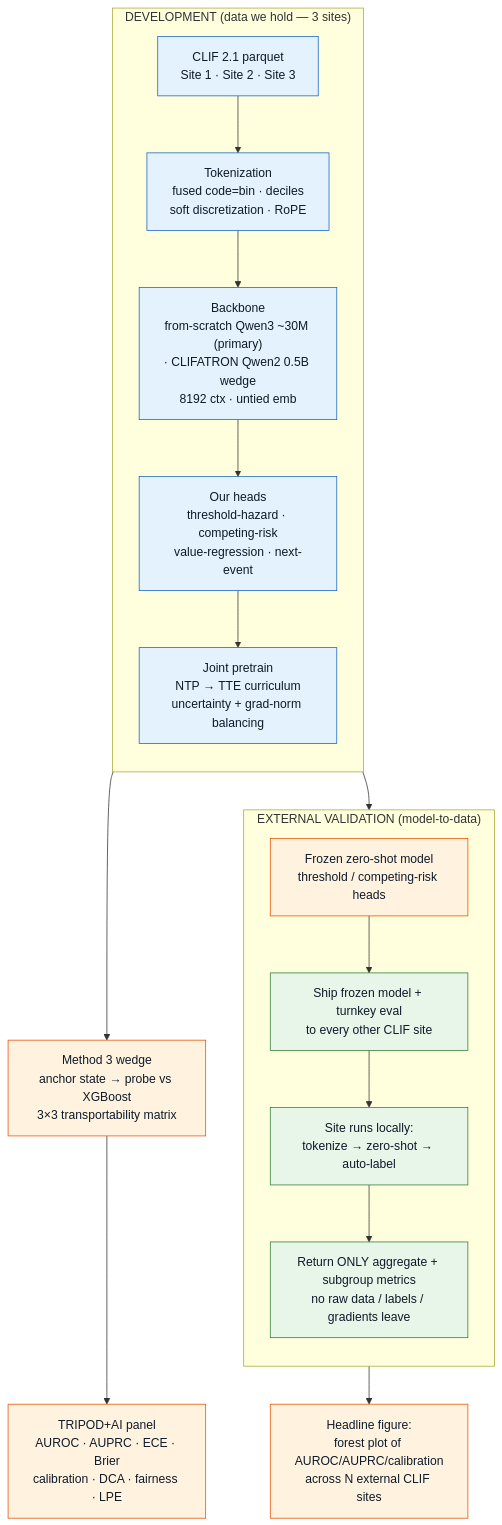
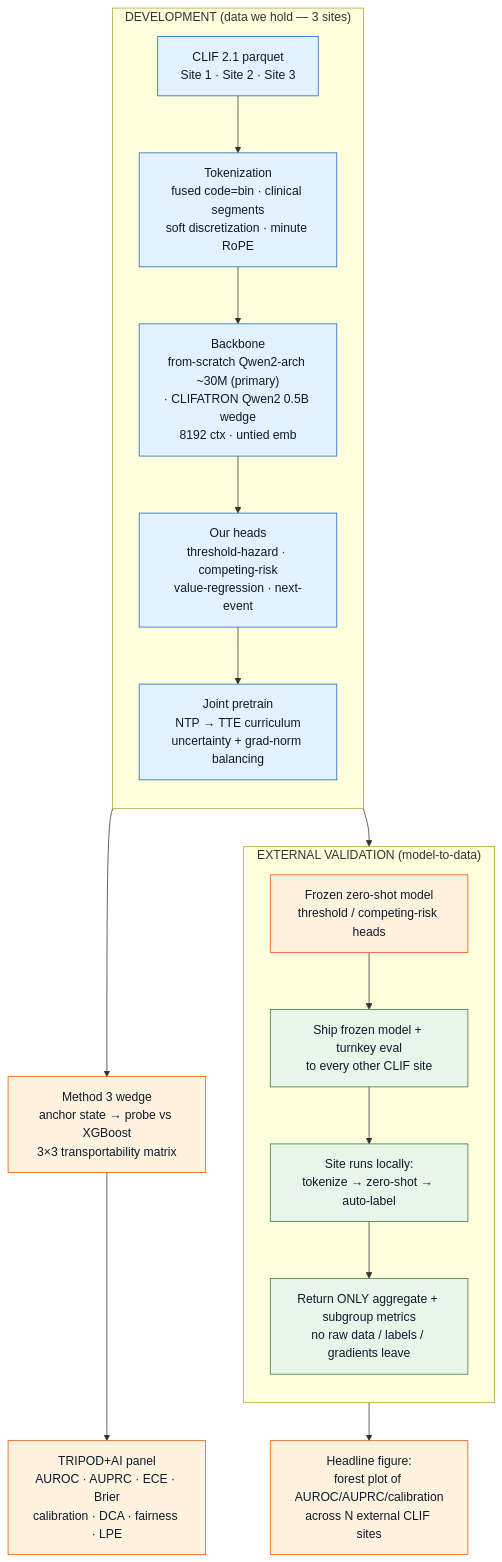
One commit to sajor2000/clifatron2.0 changed the first of 4 diagrams in website/docs/overview.md. Above: the diagram before and after it, drawn with Mermaid. The commit also changed other lines of this file and 37 other files, not shown here.

````diff
--- a/website/docs/overview.md
+++ b/website/docs/overview.md
@@ -49,30 +50,30 @@
 ```mermaid
 flowchart TB
     subgraph DEV["DEVELOPMENT (data we hold — 3 sites)"]
         direction TB
-        A["CLIF 2.1 parquet<br/>Site 1 · Site 2 · Site 3"] --> B["Tokenization<br/>fused code=bin · deciles<br/>soft discretization · RoPE"]
-        B --> C["Backbone<br/>from-scratch Qwen3 ~30M (primary)<br/>· CLIFATRON Qwen2 0.5B wedge<br/>8192 ctx · untied emb"]
+        A["CLIF 2.1 parquet<br/>Site 1 · Site 2 · Site 3"] --> B["Tokenization<br/>fused code=bin · clinical segments<br/>soft discretization · minute RoPE"]
+        B --> C["Backbone<br/>from-scratch Qwen2-arch ~30M (primary)<br/>· CLIFATRON Qwen2 0.5B wedge<br/>8192 ctx · untied emb"]
         C --> D["Our heads<br/>threshold-hazard · competing-risk<br/>value-regression · next-event"]
         D --> E["Joint pretrain<br/>NTP → TTE curriculum<br/>uncertainty + grad-norm balancing"]
     end
 
     E --> F["Method 3 wedge<br/>anchor state → probe vs XGBoost<br/>3×3 transportability matrix"]
     E --> G["Frozen zero-shot model<br/>threshold / competing-risk heads"]
 
     subgraph EXT["EXTERNAL VALIDATION (model-to-data)"]
         direction TB
         G --> H["Ship frozen model + turnkey eval<br/>to every other CLIF site"]
         H --> I["Site runs locally:<br/>tokenize → zero-shot → auto-label"]
         I --> J["Return ONLY aggregate + subgroup metrics<br/>no raw data / labels / gradients leave"]
     end
 
     F --> K["TRIPOD+AI panel<br/>AUROC · AUPRC · ECE · Brier<br/>calibration · DCA · fairness · LPE"]
     J --> L["Headline figure:<br/>forest plot of AUROC/AUPRC/calibration<br/>across N external CLIF sites"]
 
     classDef dev fill:#e3f2fd,stroke:#1565c0,color:#0d1b2a;
     classDef ext fill:#e8f5e9,stroke:#2e7d32,color:#0d1b2a;
     classDef out fill:#fff3e0,stroke:#e65100,color:#0d1b2a;
     class A,B,C,D,E dev;
     class H,I,J ext;
     class F,G,K,L out;
 ```
````
